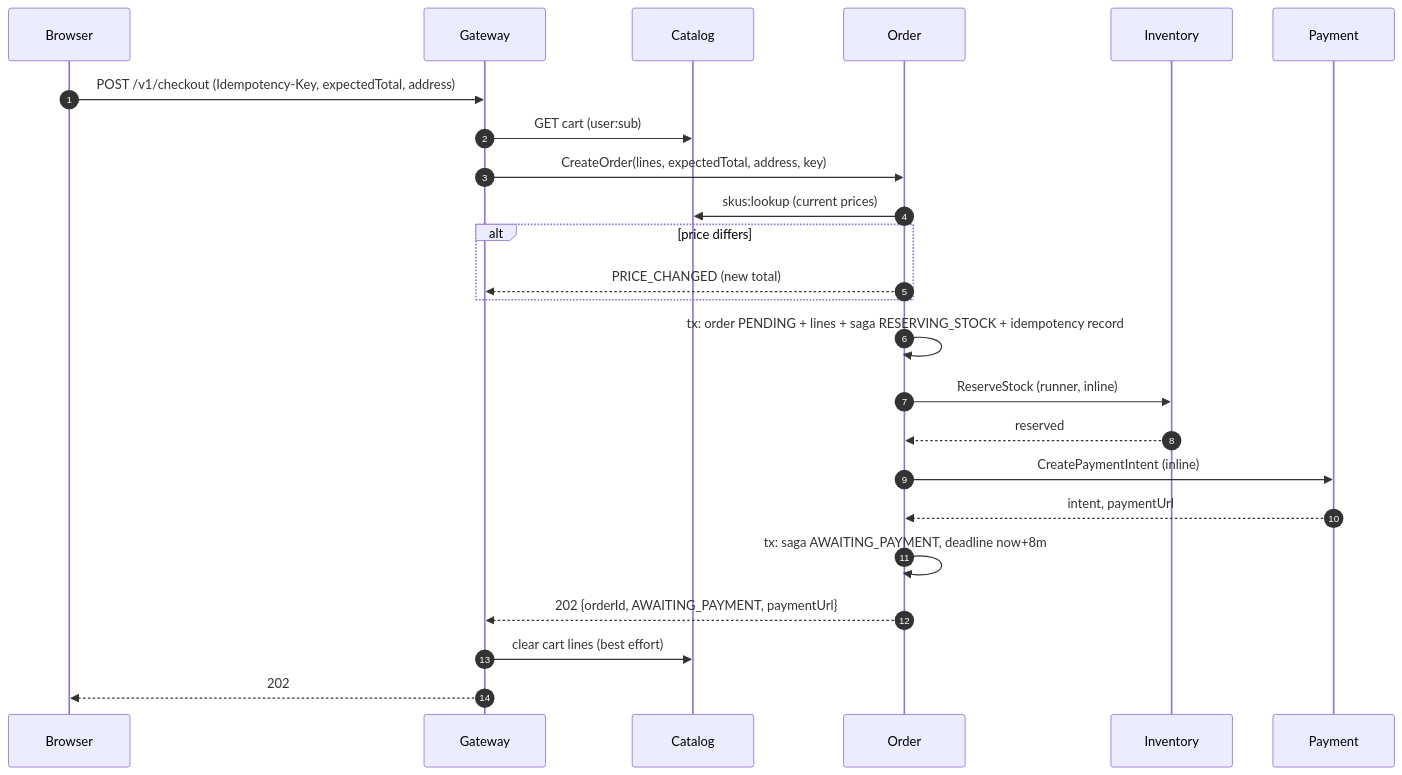
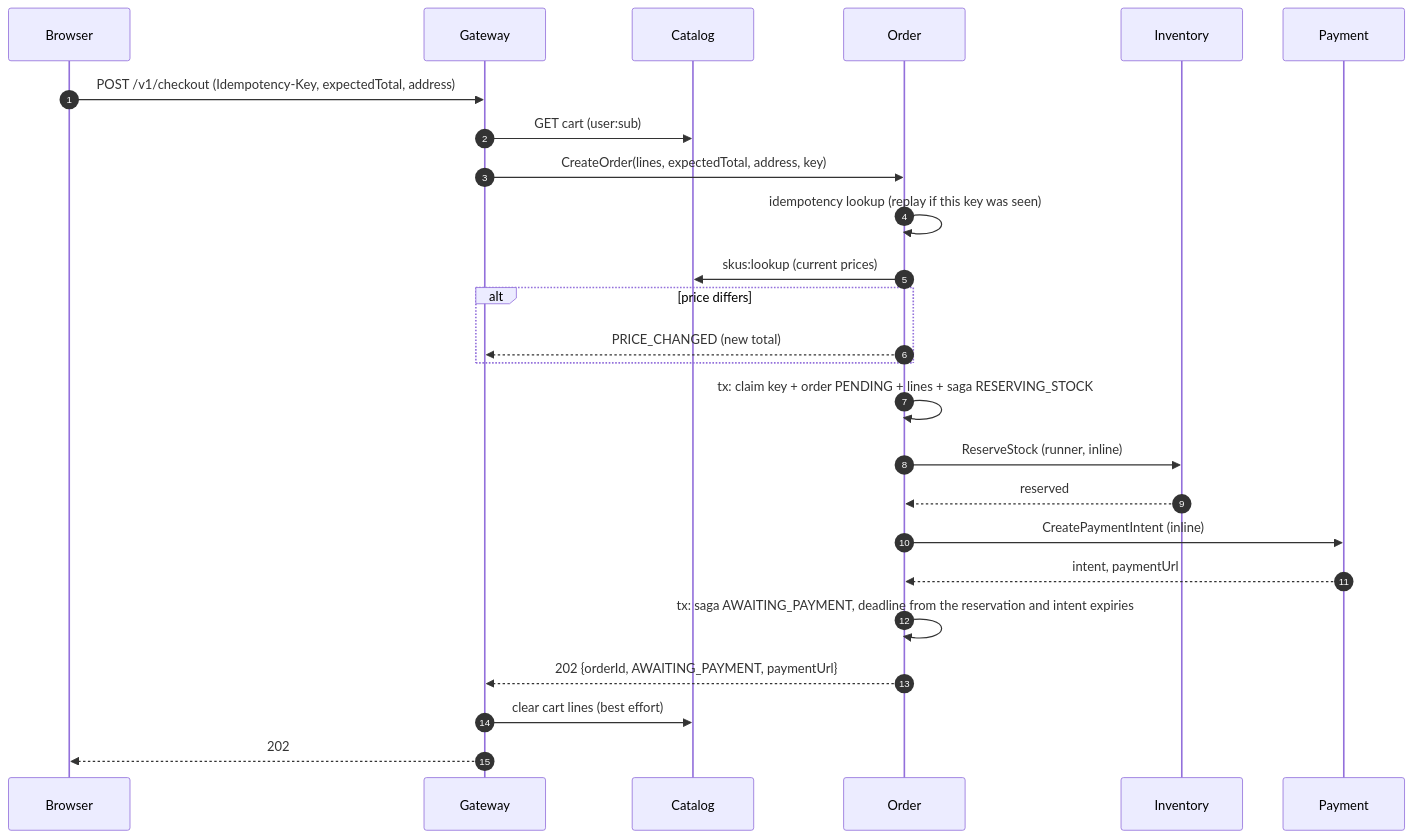
The second of 2 diagrams in docs/rfc/0002-checkout-saga.md (rizkyr99/sagamart), drawn with Mermaid before and after one commit. The commit also changed other lines of this file and 1 other file, not shown here.

First line of the commit message:
docs(order): revise RFC-0002 after review

````diff
--- a/docs/rfc/0002-checkout-saga.md
+++ b/docs/rfc/0002-checkout-saga.md
@@ -309,26 +320,27 @@
 ```mermaid
 sequenceDiagram
     autonumber
     participant B as Browser
     participant G as Gateway
     participant C as Catalog
     participant O as Order
     participant I as Inventory
     participant P as Payment
     B->>G: POST /v1/checkout (Idempotency-Key, expectedTotal, address)
     G->>C: GET cart (user:sub)
     G->>O: CreateOrder(lines, expectedTotal, address, key)
+    O->>O: idempotency lookup (replay if this key was seen)
     O->>C: skus:lookup (current prices)
     alt price differs
         O-->>G: PRICE_CHANGED (new total)
     end
-    O->>O: tx: order PENDING + lines + saga RESERVING_STOCK + idempotency record
+    O->>O: tx: claim key + order PENDING + lines + saga RESERVING_STOCK
     O->>I: ReserveStock (runner, inline)
     I-->>O: reserved
     O->>P: CreatePaymentIntent (inline)
     P-->>O: intent, paymentUrl
-    O->>O: tx: saga AWAITING_PAYMENT, deadline now+8m
+    O->>O: tx: saga AWAITING_PAYMENT, deadline from the reservation and intent expiries
     O-->>G: 202 {orderId, AWAITING_PAYMENT, paymentUrl}
     G->>C: clear cart lines (best effort)
     G-->>B: 202
 ```
````
